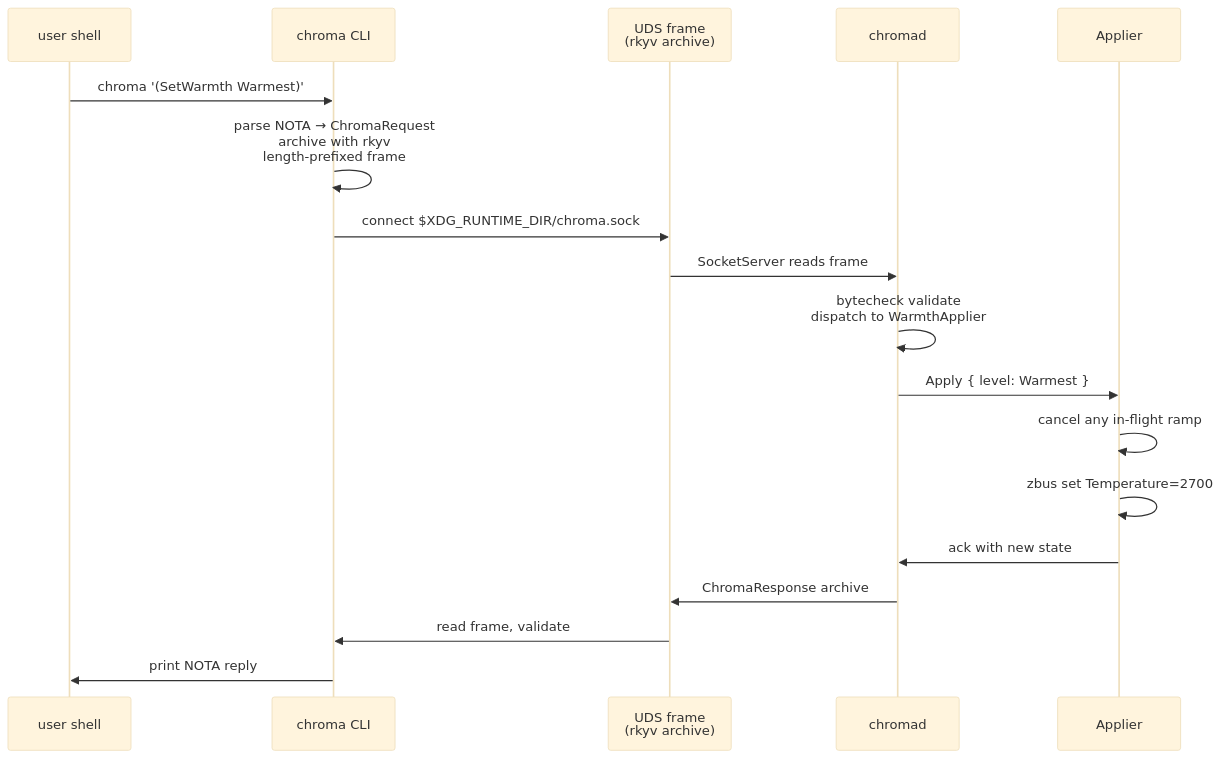
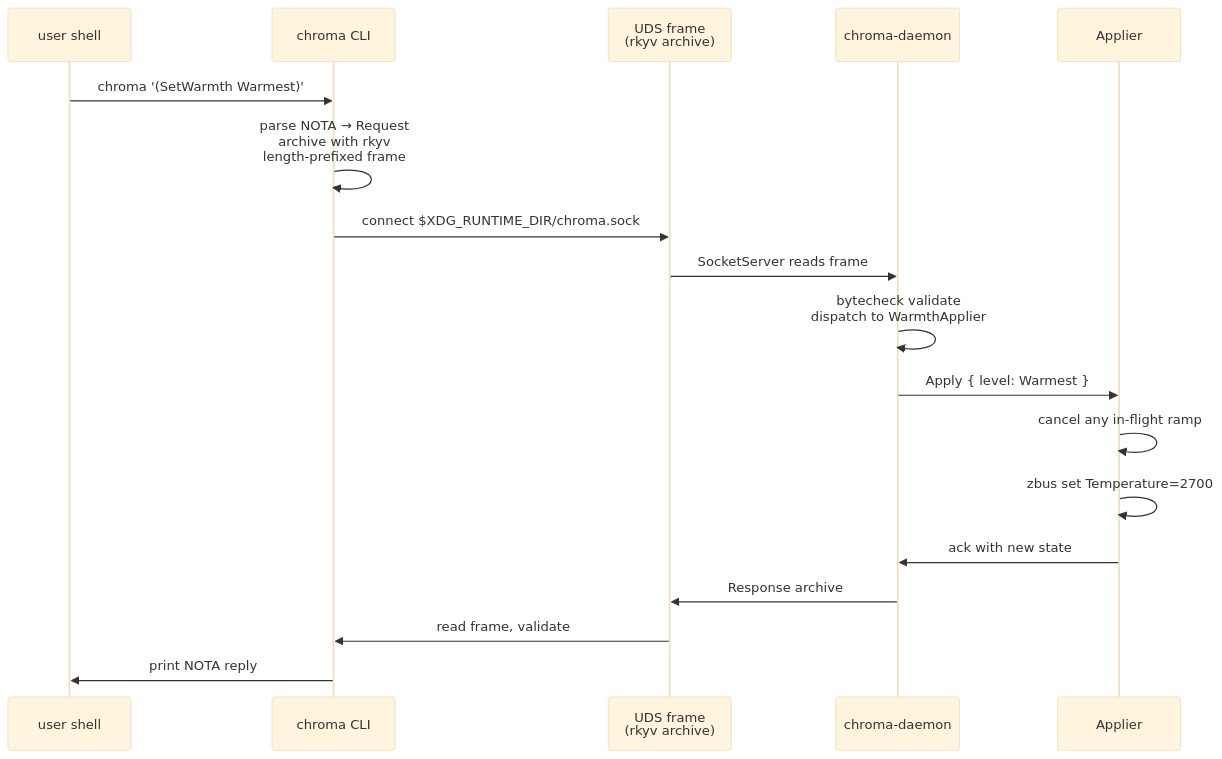
The fourth of 6 diagrams in reports/system-specialist/28-chroma-unified-visual-daemon.md (LiGoldragon/primary), drawn with Mermaid (base theme) before and after one commit. The commit also changed other lines of this file, not shown here.

Commit message:
system-specialist: report 28 — drop Chroma- prefix from types; chromad → chroma-daemon

````diff
--- a/reports/system-specialist/28-chroma-unified-visual-daemon.md
+++ b/reports/system-specialist/28-chroma-unified-visual-daemon.md
@@ -285,21 +285,21 @@
 ```mermaid
 sequenceDiagram
   participant user as user shell
   participant cli as chroma CLI
   participant uds as UDS frame<br/>(rkyv archive)
-  participant d as chromad
+  participant d as chroma-daemon
   participant a as Applier
 
   user->>cli: chroma '(SetWarmth Warmest)'
-  cli->>cli: parse NOTA → ChromaRequest<br/>archive with rkyv<br/>length-prefixed frame
+  cli->>cli: parse NOTA → Request<br/>archive with rkyv<br/>length-prefixed frame
   cli->>uds: connect $XDG_RUNTIME_DIR/chroma.sock
   uds->>d: SocketServer reads frame
   d->>d: bytecheck validate<br/>dispatch to WarmthApplier
   d->>a: Apply { level: Warmest }
   a->>a: cancel any in-flight ramp
   a->>a: zbus set Temperature=2700
   a->>d: ack with new state
-  d->>uds: ChromaResponse archive
+  d->>uds: Response archive
   uds->>cli: read frame, validate
   cli->>user: print NOTA reply
 ```
````
